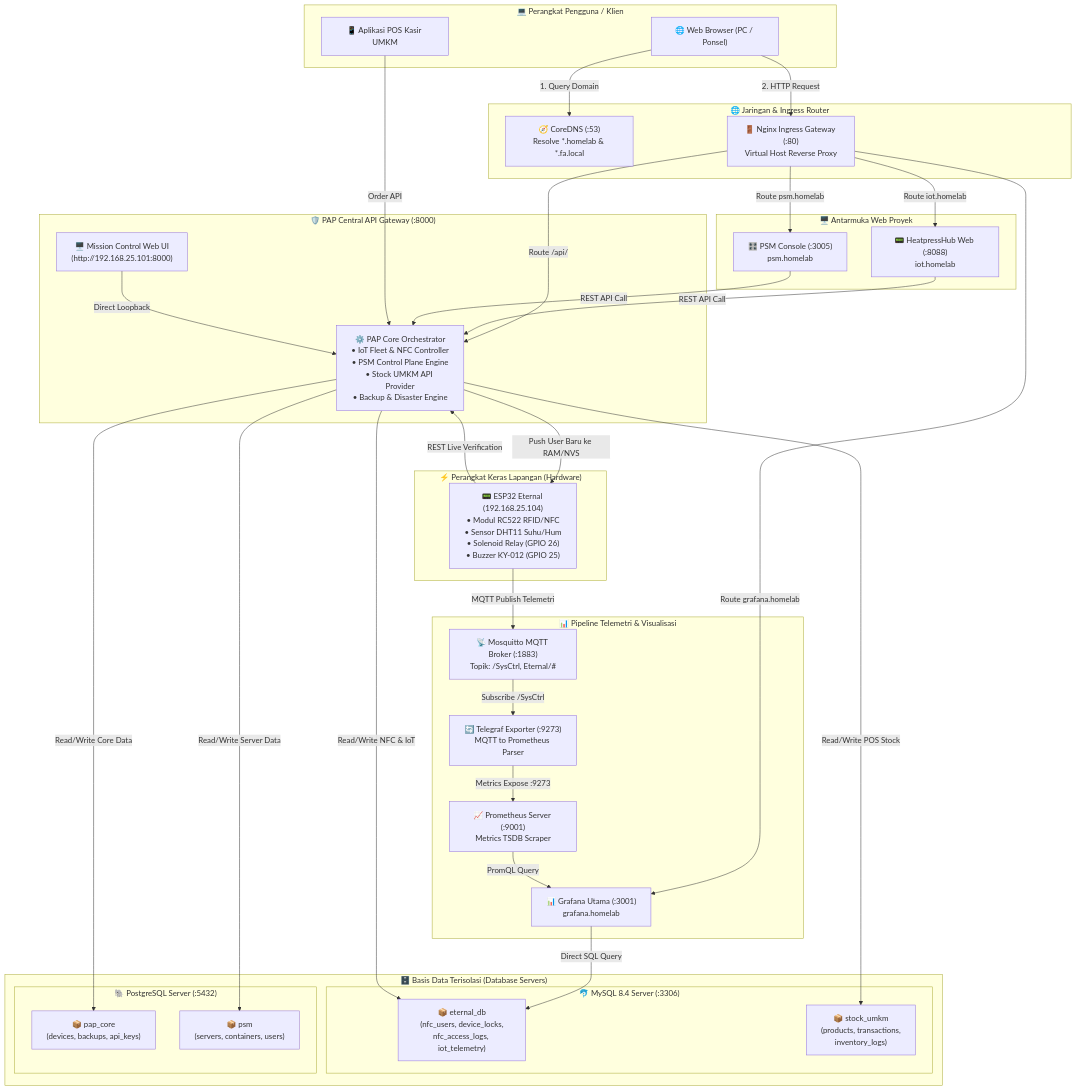
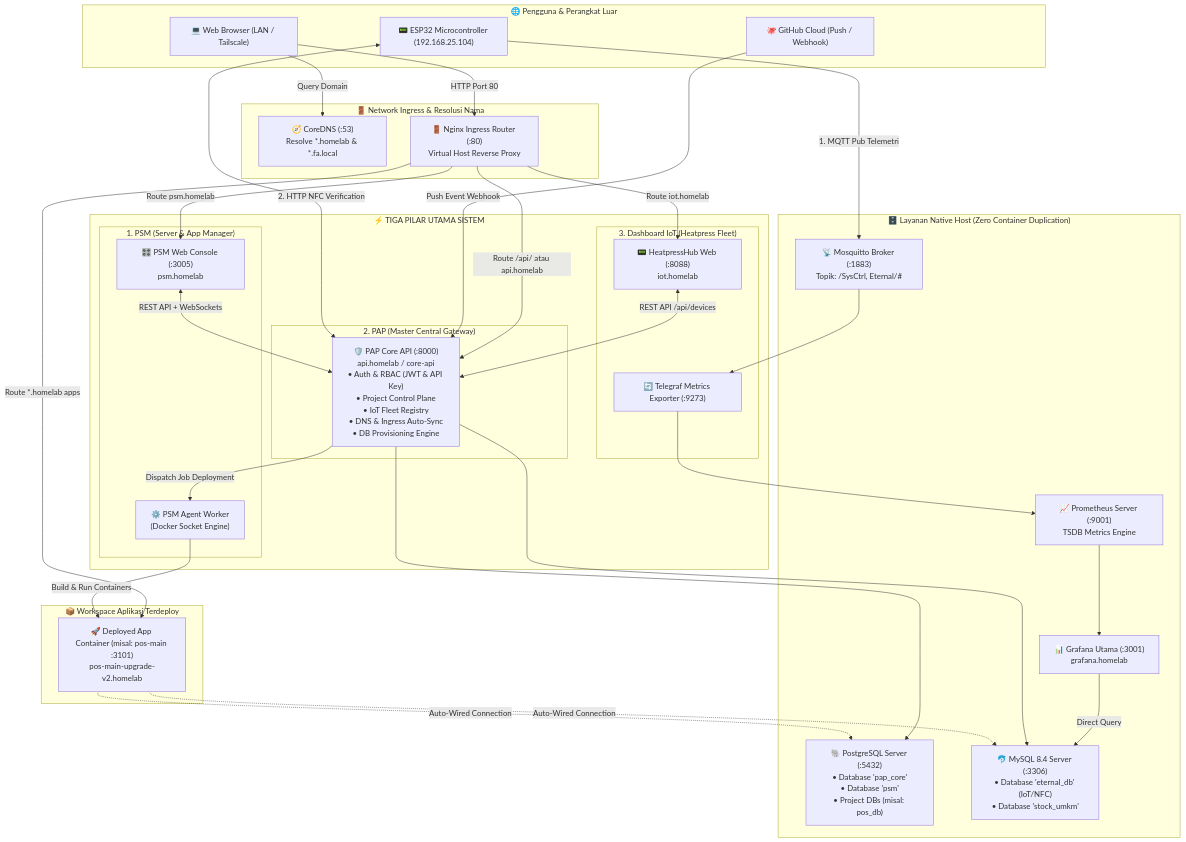
Before and after one commit to this-is-asepjourney/homelab-server: the first of 5 diagrams in FLOW_SISTEM_HOMELAB.md, drawn with Mermaid. The commit also changed other lines of this file and 2 other files, not shown here.

Commit message:
docs: update FLOW_SISTEM_HOMELAB with deep data flow and triad architecture (PAP, PSM, Dashboard IoT)

````diff
--- a/FLOW_SISTEM_HOMELAB.md
+++ b/FLOW_SISTEM_HOMELAB.md
@@ -47,76 +26,70 @@
 ```mermaid
 flowchart TD
-    subgraph Klien["💻 Perangkat Pengguna / Klien"]
-        Browser["🌐 Web Browser (PC / Ponsel)"]
-        Scanner["📱 Aplikasi POS Kasir UMKM"]
+    subgraph Clients["🌐 Pengguna & Perangkat Luar"]
+        UserBrowser["💻 Web Browser (LAN / Tailscale)"]
+        GitHub["🐙 GitHub Cloud (Push / Webhook)"]
+        ESP32["📟 ESP32 Microcontroller (192.168.25.104)"]
     end
 
-    subgraph Hardware["⚡ Perangkat Keras Lapangan (Hardware)"]
-        ESP32["📟 ESP32 Eternal (192.168.25.104)<br/>• Modul RC522 RFID/NFC<br/>• Sensor DHT11 Suhu/Hum<br/>• Solenoid Relay (GPIO 26)<br/>• Buzzer KY-012 (GPIO 25)"]
+    subgraph IngressGateway["🚪 Network Ingress & Resolusi Nama"]
+        DNS["🧭 CoreDNS (:53)\nResolve *.homelab & *.fa.local"]
+        Nginx["🚪 Nginx Ingress Router (:80)\nVirtual Host Reverse Proxy"]
     end
 
-    subgraph Networking["🌐 Jaringan & Ingress Router"]
-        DNS["🧭 CoreDNS (:53)<br/>Resolve *.homelab & *.fa.local"]
-        NginxRouter["🚪 Nginx Ingress Gateway (:80)<br/>Virtual Host Reverse Proxy"]
-    end
-
-    subgraph CoreGateway["🛡️ PAP Central API Gateway (:8000)"]
-        API["⚙️ PAP Core Orchestrator<br/>• IoT Fleet & NFC Controller<br/>• PSM Control Plane Engine<br/>• Stock UMKM API Provider<br/>• Backup & Disaster Engine"]
-        MissionControl["🖥️ Mission Control Web UI<br/>(http://192.168.25.101:8000)"]
-    end
-
-    subgraph Frontends["🖥️ Antarmuka Web Proyek"]
-        HeatpressWeb["📟 HeatpressHub Web (:8088)<br/>iot.homelab"]
-        PSMWeb["🎛️ PSM Console (:3005)<br/>psm.homelab"]
-    end
-
-    subgraph TelemetryPipeline["📊 Pipeline Telemetri & Visualisasi"]
-        MQTT["📡 Mosquitto MQTT Broker (:1883)<br/>Topik: /SysCtrl, Eternal/#"]
-        Telegraf["🔄 Telegraf Exporter (:9273)<br/>MQTT to Prometheus Parser"]
-        Prometheus["📈 Prometheus Server (:9001)<br/>Metrics TSDB Scraper"]
-        Grafana["📊 Grafana Utama (:3001)<br/>grafana.homelab"]
-    end
-
-    subgraph DatabaseServers["🗄️ Basis Data Terisolasi (Database Servers)"]
-        subgraph MySQLServer["🐬 MySQL 8.4 Server (:3306)"]
-            DB_Eternal["📦 eternal_db<br/>(nfc_users, device_locks,<br/>nfc_access_logs, iot_telemetry)"]
-            DB_Stock["📦 stock_umkm<br/>(products, transactions,<br/>inventory_logs)"]
+    subgraph TRIAD["⚡ TIGA PILAR UTAMA SISTEM"]
+        subgraph PSM_STACK["1. PSM (Server & App Manager)"]
+            PSM_Web["🎛️ PSM Web Console (:3005)\npsm.homelab"]
+            PSM_Agent["⚙️ PSM Agent Worker\n(Docker Socket Engine)"]
         end
 
-        subgraph PostgresServer["🐘 PostgreSQL Server (:5432)"]
-            DB_PAP["📦 pap_core<br/>(devices, backups, api_keys)"]
-            DB_PSM["📦 psm<br/>(servers, containers, users)"]
+        subgraph PAP_STACK["2. PAP (Master Central Gateway)"]
+            PAP_Core["🛡️ PAP Core API (:8000)\napi.homelab / core-api\n• Auth & RBAC (JWT & API Key)\n• Project Control Plane\n• IoT Fleet Registry\n• DNS & Ingress Auto-Sync\n• DB Provisioning Engine"]
+        end
+
+        subgraph IOT_STACK["3. Dashboard IoT (Heatpress Fleet)"]
+            IOT_Web["📟 HeatpressHub Web (:8088)\niot.homelab"]
+            Telegraf["🔄 Telegraf Metrics Exporter (:9273)"]
         end
     end
 
-    %% Relasi Navigasi & Jaringan
-    Browser -->|1. Query Domain| DNS
-    Browser -->|2. HTTP Request| NginxRouter
-    NginxRouter -->|Route iot.homelab| HeatpressWeb
-    NginxRouter -->|Route psm.homelab| PSMWeb
-    NginxRouter -->|Route grafana.homelab| Grafana
-    NginxRouter -->|Route /api/| API
+    subgraph HostDaemons["🗄️ Layanan Native Host (Zero Container Duplication)"]
+        PG["🐘 PostgreSQL Server (:5432)\n• Database 'pap_core'\n• Database 'psm'\n• Project DBs (misal: pos_db)"]
+        MY["🐬 MySQL 8.4 Server (:3306)\n• Database 'eternal_db' (IoT/NFC)\n• Database 'stock_umkm'"]
+        MQTT["📡 Mosquitto Broker (:1883)\nTopik: /SysCtrl, Eternal/#"]
+        PROM["📈 Prometheus Server (:9001)\nTSDB Metrics Engine"]
+        GRAF["📊 Grafana Utama (:3001)\ngrafana.homelab"]
+    end
 
-    %% Relasi ESP32 Hardware
-    ESP32 -->|MQTT Publish Telemetri| MQTT
-    ESP32 -->|REST Live Verification| API
-    API -->|Push User Baru ke RAM/NVS| ESP32
+    subgraph Workspaces["📦 Workspace Aplikasi Terdeploy"]
+        AppContainers["🚀 Deployed App Container (misal: pos-main :3101)\npos-main-upgrade-v2.homelab"]
+    end
 
-    %% Relasi Telemetri
-    MQTT -->|Subscribe /SysCtrl| Telegraf
-    Telegraf -->|Metrics Expose :9273| Prometheus
-    Prometheus -->|PromQL Query| Grafana
-    Grafana -->|Direct SQL Query| DB_Eternal
+    %% Ingress & Routing
+    UserBrowser -->|Query Domain| DNS
+    UserBrowser -->|HTTP Port 80| Nginx
+    Nginx -->|Route psm.homelab| PSM_Web
+    Nginx -->|Route iot.homelab| IOT_Web
+    Nginx -->|Route /api/ atau api.homelab| PAP_Core
+    Nginx -->|Route *.homelab apps| AppContainers
 
-    %% Relasi Core API ke Frontend & DB
-    HeatpressWeb -->|REST API Call| API
-    PSMWeb -->|REST API Call| API
-    Scanner -->|Order API| API
-    MissionControl -->|Direct Loopback| API
+    %% Interkoneksi Triad
+    PSM_Web <-->|REST API + WebSockets| PAP_Core
+    IOT_Web <-->|REST API /api/devices| PAP_Core
+    PAP_Core -->|Dispatch Job Deployment| PSM_Agent
+    PSM_Agent -->|Build & Run Containers| AppContainers
 
-    %% Relasi Database
-    API -->|Read/Write NFC & IoT| DB_Eternal
-    API -->|Read/Write POS Stock| DB_Stock
-    API -->|Read/Write Core Data| DB_PAP
-    API -->|Read/Write Server Data| DB_PSM
+    %% GitHub Webhook
+    GitHub -->|Push Event Webhook| PAP_Core
+
+    %% IoT Flow
+    ESP32 -->|1. MQTT Pub Telemetri| MQTT
+    ESP32 <-->|2. HTTP NFC Verification| PAP_Core
+    MQTT --> Telegraf --> PROM --> GRAF
+    GRAF -->|Direct Query| MY
+
+    %% Database Wire
+    PAP_Core --> PG
+    PAP_Core --> MY
+    AppContainers -.->|Auto-Wired Connection| PG
+    AppContainers -.->|Auto-Wired Connection| MY
 ```
````
